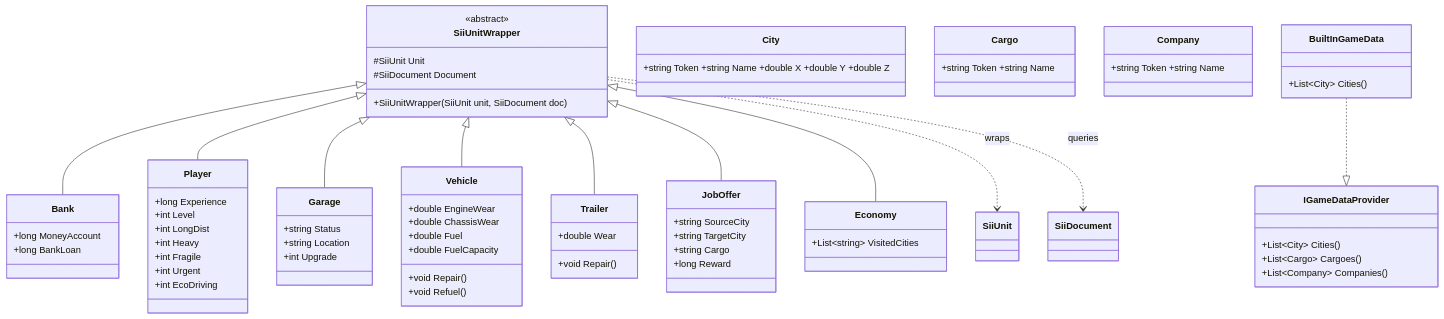
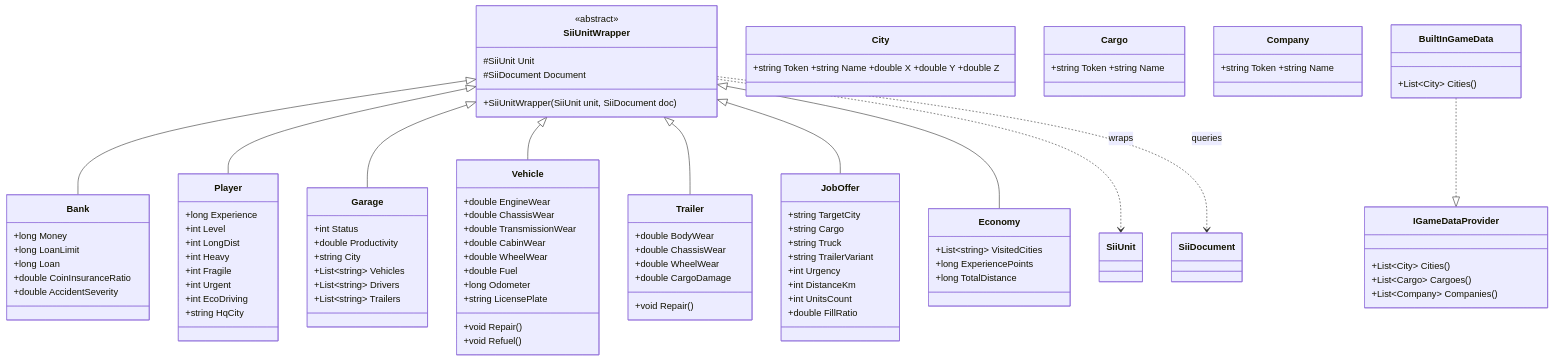
Before and after one commit to Inliang/Ets2SaveEditor: the third of 6 diagrams in docs/ARCHITECTURE.md, drawn with Mermaid. The commit also changed other lines of this file and 27 other files, not shown here.

```diff
--- a/docs/ARCHITECTURE.md
+++ b/docs/ARCHITECTURE.md
@@ -232,8 +249,11 @@
         +SiiUnitWrapper(SiiUnit unit, SiiDocument doc)
     }
     class Bank {
-        +long MoneyAccount
-        +long BankLoan
+        +long Money
+        +long LoanLimit
+        +long Loan
+        +double CoinInsuranceRatio
+        +double AccidentSeverity
     }
     class Player {
         +long Experience
@@ -243,32 +263,49 @@
         +int Fragile
         +int Urgent
         +int EcoDriving
+        +string HqCity
     }
     class Garage {
-        +string Status
-        +string Location
-        +int Upgrade
+        +int Status
+        +double Productivity
+        +string City
+        +List~string~ Vehicles
+        +List~string~ Drivers
+        +List~string~ Trailers
     }
     class Vehicle {
         +double EngineWear
         +double ChassisWear
+        +double TransmissionWear
+        +double CabinWear
+        +double WheelWear
         +double Fuel
-        +double FuelCapacity
+        +long Odometer
+        +string LicensePlate
         +void Repair()
         +void Refuel()
     }
     class Trailer {
-        +double Wear
+        +double BodyWear
+        +double ChassisWear
+        +double WheelWear
+        +double CargoDamage
         +void Repair()
     }
     class JobOffer {
-        +string SourceCity
         +string TargetCity
         +string Cargo
-        +long Reward
+        +string Truck
+        +string TrailerVariant
+        +int Urgency
+        +int DistanceKm
+        +int UnitsCount
+        +double FillRatio
     }
     class Economy {
         +List~string~ VisitedCities
+        +long ExperiencePoints
+        +long TotalDistance
     }
     SiiUnitWrapper <|-- Bank
     SiiUnitWrapper <|-- Player
```
